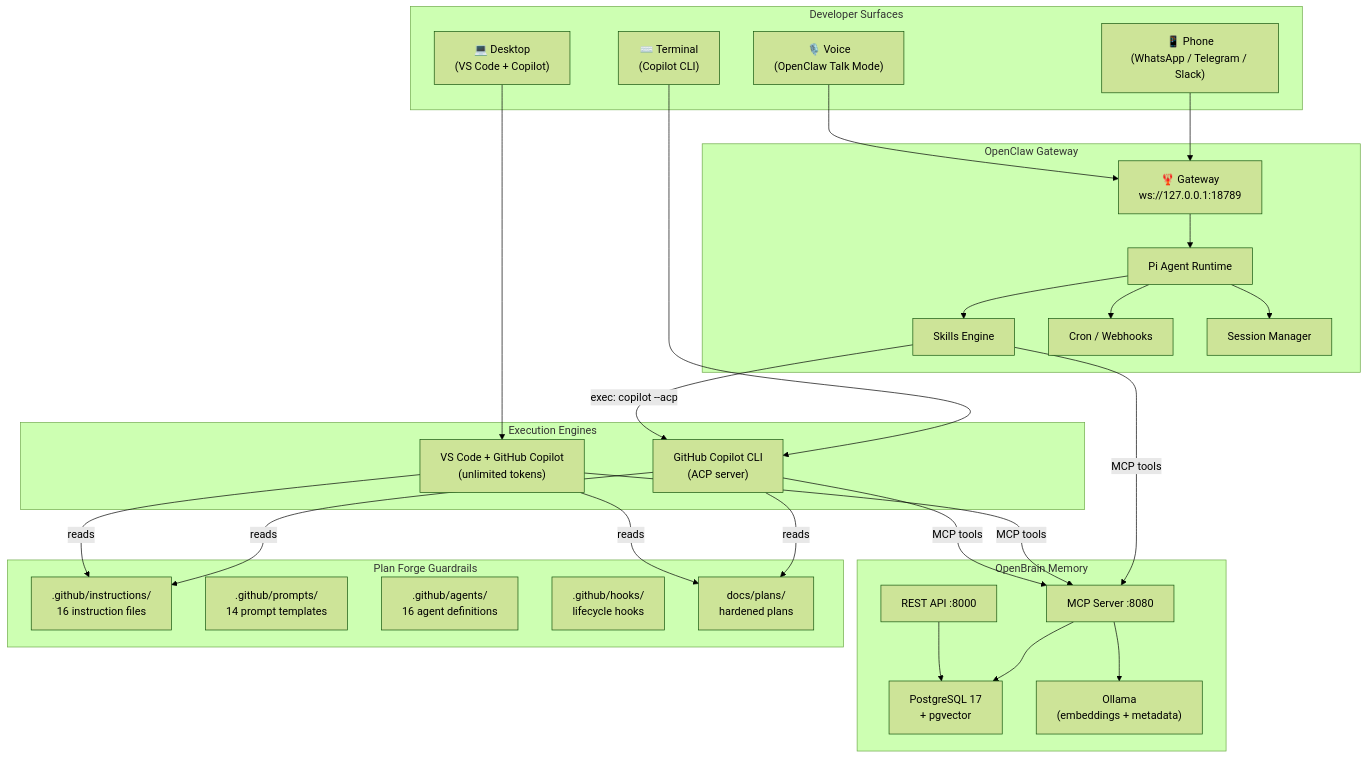
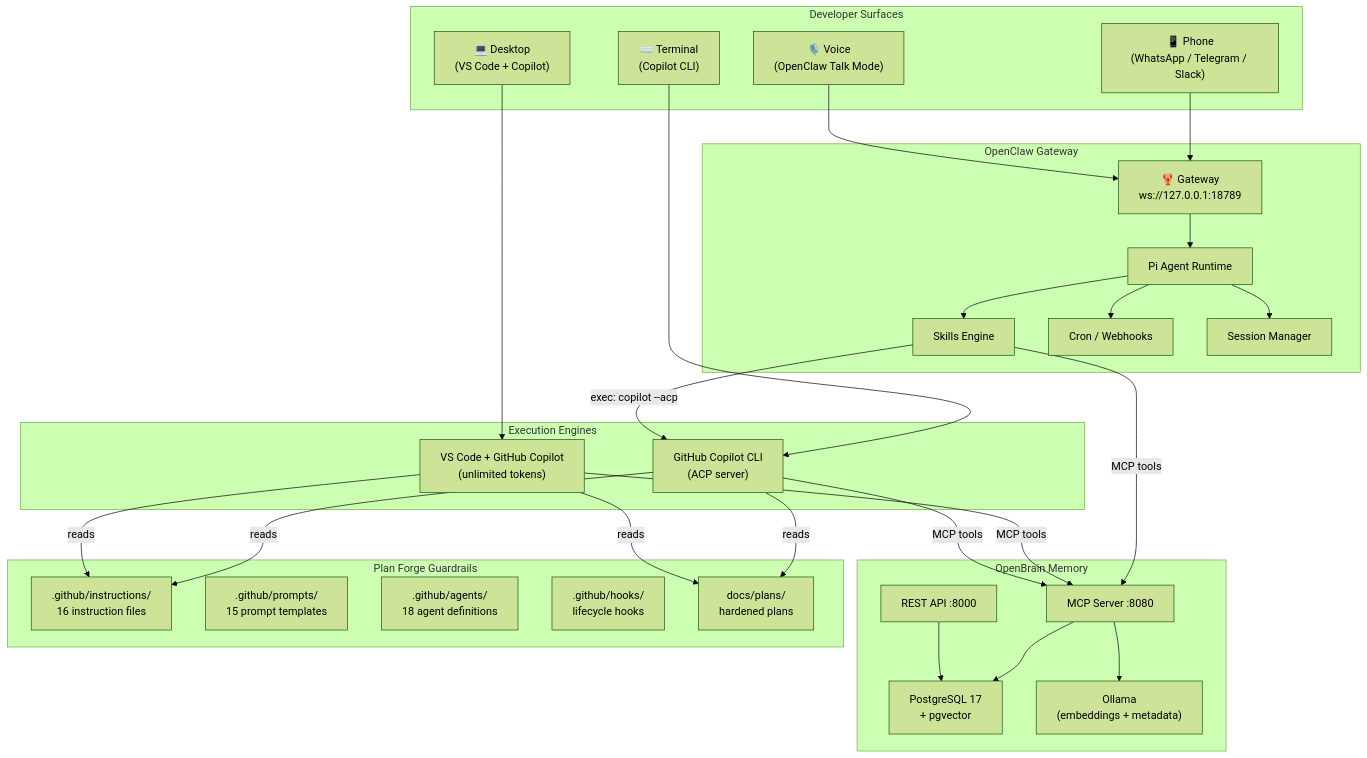
The first of 9 diagrams in docs/UNIFIED-SYSTEM-ARCHITECTURE.md (srnichols/plan-forge), drawn with Mermaid (forest theme) before and after one commit. The commit also changed other lines of this file and 58 other files, not shown here.

````diff
--- a/docs/UNIFIED-SYSTEM-ARCHITECTURE.md
+++ b/docs/UNIFIED-SYSTEM-ARCHITECTURE.md
@@ -151,61 +151,61 @@
 ```mermaid
 graph TB
     subgraph "Developer Surfaces"
         PHONE["📱 Phone<br/>(WhatsApp / Telegram / Slack)"]
         DESKTOP["💻 Desktop<br/>(VS Code + Copilot)"]
         TERMINAL["⌨️ Terminal<br/>(Copilot CLI)"]
         VOICE["🎙️ Voice<br/>(OpenClaw Talk Mode)"]
     end
 
     subgraph "OpenClaw Gateway"
         GW["🦞 Gateway<br/>ws://127.0.0.1:18789"]
         AGENT["Pi Agent Runtime"]
         SKILLS["Skills Engine"]
         CRON["Cron / Webhooks"]
         SESSIONS["Session Manager"]
     end
 
     subgraph "Execution Engines"
         VSCODE["VS Code + GitHub Copilot<br/>(unlimited tokens)"]
         COPILOT_CLI["GitHub Copilot CLI<br/>(ACP server)"]
     end
 
     subgraph "OpenBrain Memory"
         MCP["MCP Server :8080"]
         REST["REST API :8000"]
         PG["PostgreSQL 17<br/>+ pgvector"]
         OLLAMA["Ollama<br/>(embeddings + metadata)"]
     end
 
     subgraph "Plan Forge Guardrails"
         INSTRUCTIONS[".github/instructions/<br/>16 instruction files"]
-        PROMPTS[".github/prompts/<br/>14 prompt templates"]
-        AGENTS_DEF[".github/agents/<br/>16 agent definitions"]
+        PROMPTS[".github/prompts/<br/>15 prompt templates"]
+        AGENTS_DEF[".github/agents/<br/>18 agent definitions"]
         HOOKS[".github/hooks/<br/>lifecycle hooks"]
         PLANS["docs/plans/<br/>hardened plans"]
     end
 
     PHONE --> GW
     DESKTOP --> VSCODE
     TERMINAL --> COPILOT_CLI
     VOICE --> GW
 
     GW --> AGENT
     AGENT --> SKILLS
     AGENT --> CRON
     AGENT --> SESSIONS
 
     SKILLS -->|"exec: copilot --acp"| COPILOT_CLI
     SKILLS -->|"MCP tools"| MCP
     VSCODE -->|"MCP tools"| MCP
 
     COPILOT_CLI -->|"reads"| INSTRUCTIONS
     COPILOT_CLI -->|"reads"| PLANS
     COPILOT_CLI -->|"MCP tools"| MCP
     VSCODE -->|"reads"| INSTRUCTIONS
     VSCODE -->|"reads"| PLANS
 
     MCP --> PG
     MCP --> OLLAMA
     REST --> PG
 ```
````
